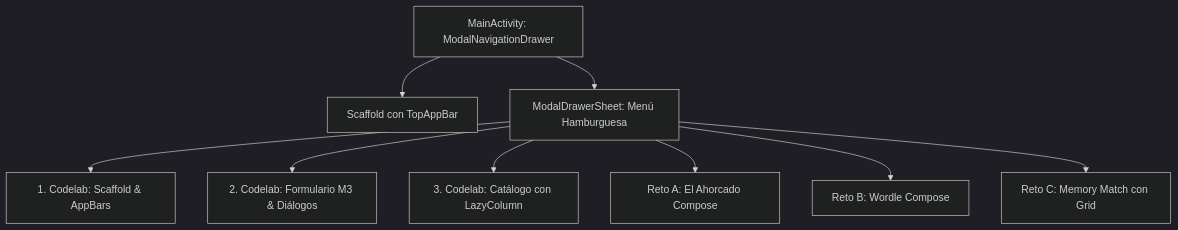
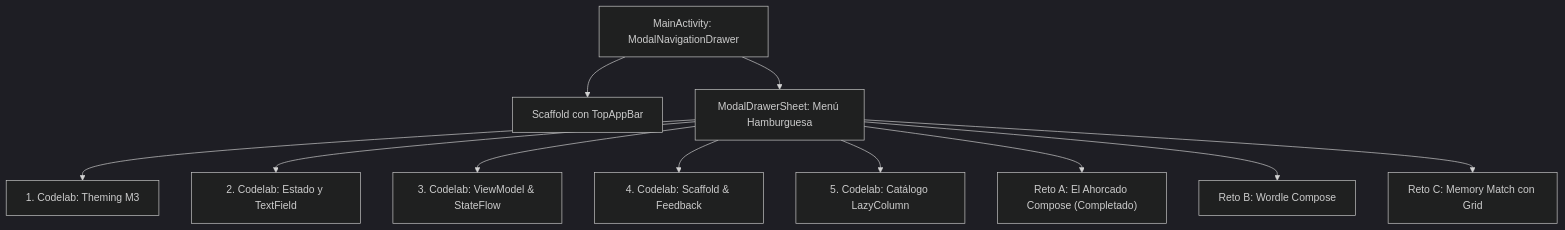
Before and after one commit to jssdocente/pmdm2627d: the diagram in docs/temas/03/3.6-laboratorio-retos.md, drawn with Mermaid (dark theme). The commit also changed other lines of this file and 7 other files, not shown here.

````diff
--- a/docs/temas/03/3.6-laboratorio-retos.md
+++ b/docs/temas/03/3.6-laboratorio-retos.md
@@ -104,12 +104,15 @@
 ```mermaid
 graph TD
     M[MainActivity: ModalNavigationDrawer] --> S[Scaffold con TopAppBar]
     M --> D[ModalDrawerSheet: Menú Hamburguesa]
 
-    D --> C1[1. Codelab: Scaffold & AppBars]
-    D --> C2[2. Codelab: Formulario M3 & Diálogos]
-    D --> C3[3. Codelab: Catálogo con LazyColumn]
-    D --> R1[Reto A: El Ahorcado Compose]
-    D --> R2[Reto B: Wordle Compose]
-    D --> R3[Reto C: Memory Match con Grid]
+    D --> C1["1. Codelab: Theming M3"]
+    D --> C2["2. Codelab: Estado y TextField"]
+    D --> C3["3. Codelab: ViewModel & StateFlow"]
+    D --> C4["4. Codelab: Scaffold & Feedback"]
+    D --> C5["5. Codelab: Catálogo LazyColumn"]
+
+    D --> R1["Reto A: El Ahorcado Compose (Completado)"]
+    D --> R2["Reto B: Wordle Compose"]
+    D --> R3["Reto C: Memory Match con Grid"]
 ```
````
